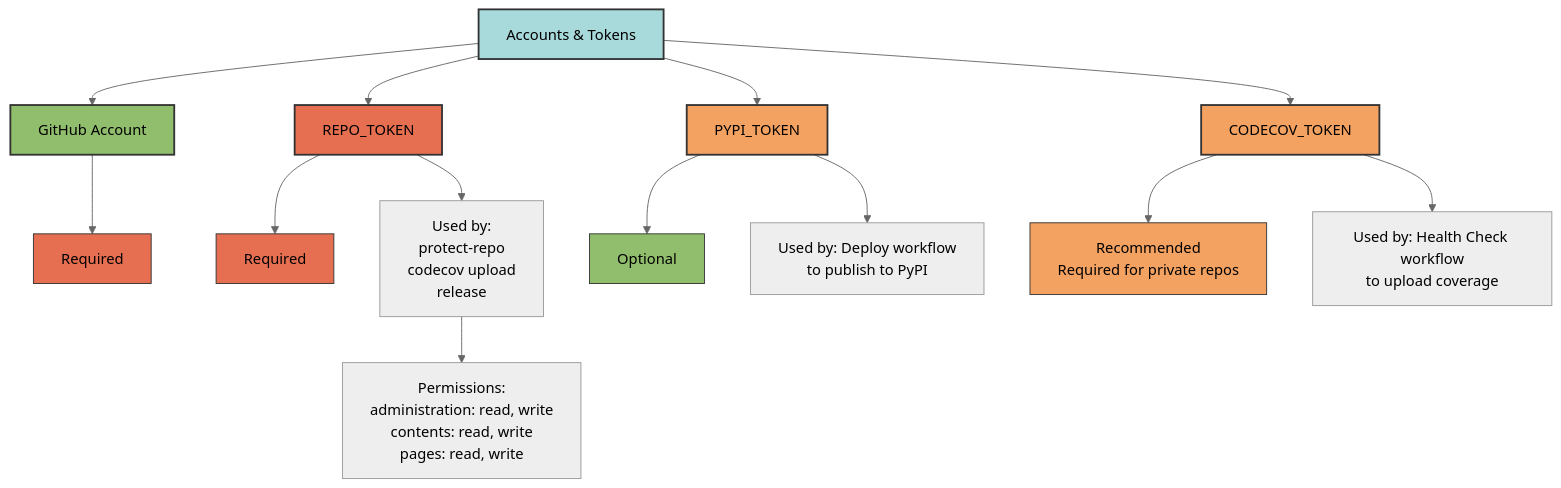
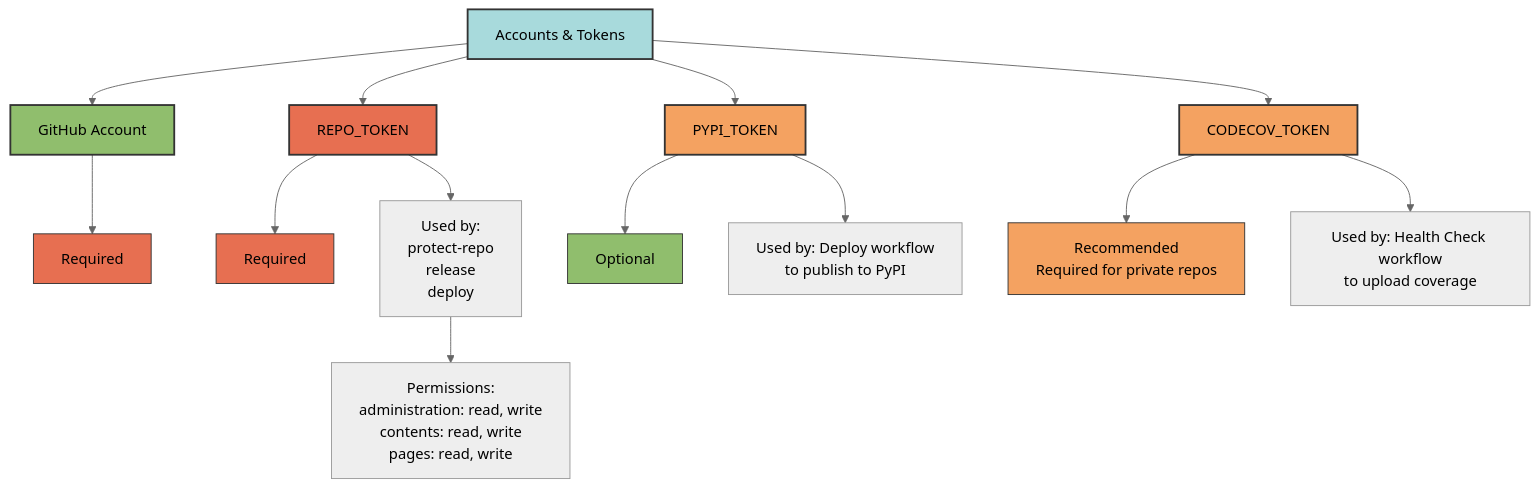
The diagram in docs/more/getting-started.md (Winipedia/pyrig), drawn with Mermaid (neutral theme) before and after one commit. The commit also changed 48 other files, not shown here.

````diff
--- a/docs/more/getting-started.md
+++ b/docs/more/getting-started.md
@@ -58,35 +58,35 @@
 ```mermaid
 graph TD
     A[Accounts & Tokens] --> B[GitHub Account]
     A --> C[REPO_TOKEN]
     A --> D[PYPI_TOKEN]
     A --> E[CODECOV_TOKEN]
 
     B --> B1[Required]
     C --> C1[Required]
     D --> D1[Optional]
     E --> E1[Recommended<br/>Required for private repos]
 
     C --> C2[Used by:
     protect-repo
-    codecov upload
     release
+    deploy
     ]
     D --> D2[Used by: Deploy workflow<br/>to publish to PyPI]
     E --> E2[Used by: Health Check workflow<br/>to upload coverage]
 
     C2 --> C3[Permissions:
     administration: read, write
     contents: read, write
     pages: read, write]
 
     style A fill:#a8dadc,stroke:#333,stroke-width:2px,color:#000
     style B fill:#90be6d,stroke:#333,stroke-width:2px,color:#000
     style C fill:#e76f51,stroke:#333,stroke-width:2px,color:#000
     style D fill:#f4a261,stroke:#333,stroke-width:2px,color:#000
     style E fill:#f4a261,stroke:#333,stroke-width:2px,color:#000
     style B1 fill:#e76f51,stroke:#333,stroke-width:1px,color:#000
     style C1 fill:#e76f51,stroke:#333,stroke-width:1px,color:#000
     style D1 fill:#90be6d,stroke:#333,stroke-width:1px,color:#000
     style E1 fill:#f4a261,stroke:#333,stroke-width:1px,color:#000
 ```
````
